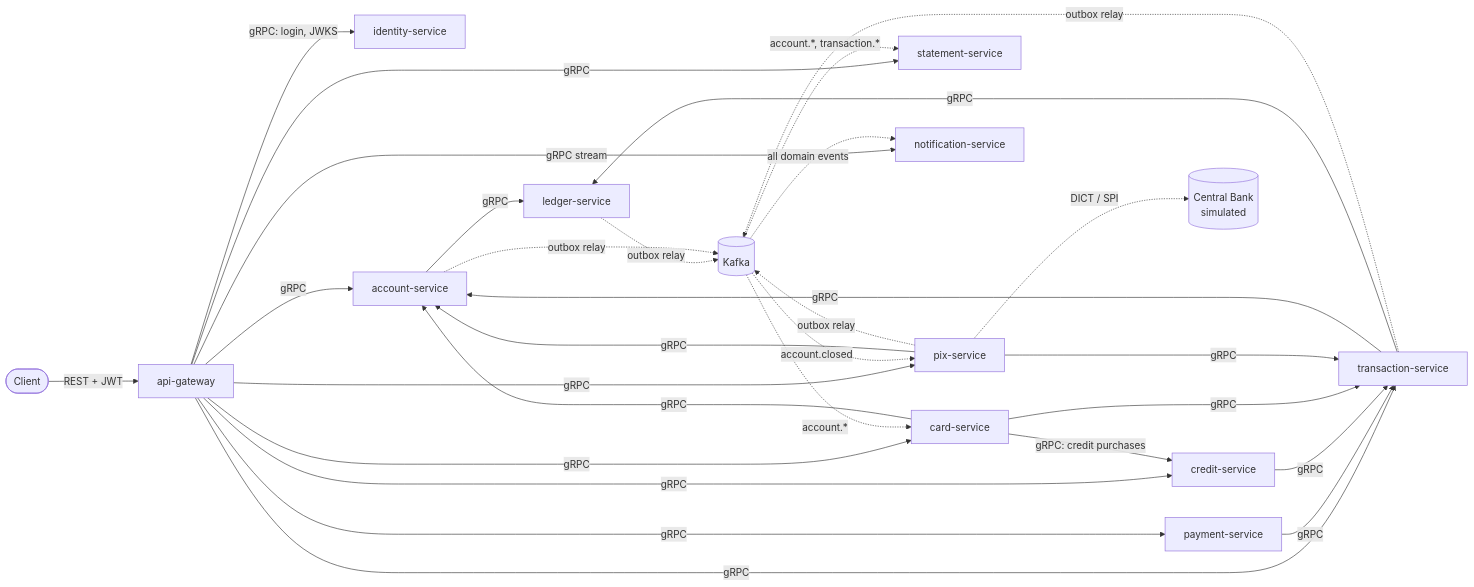
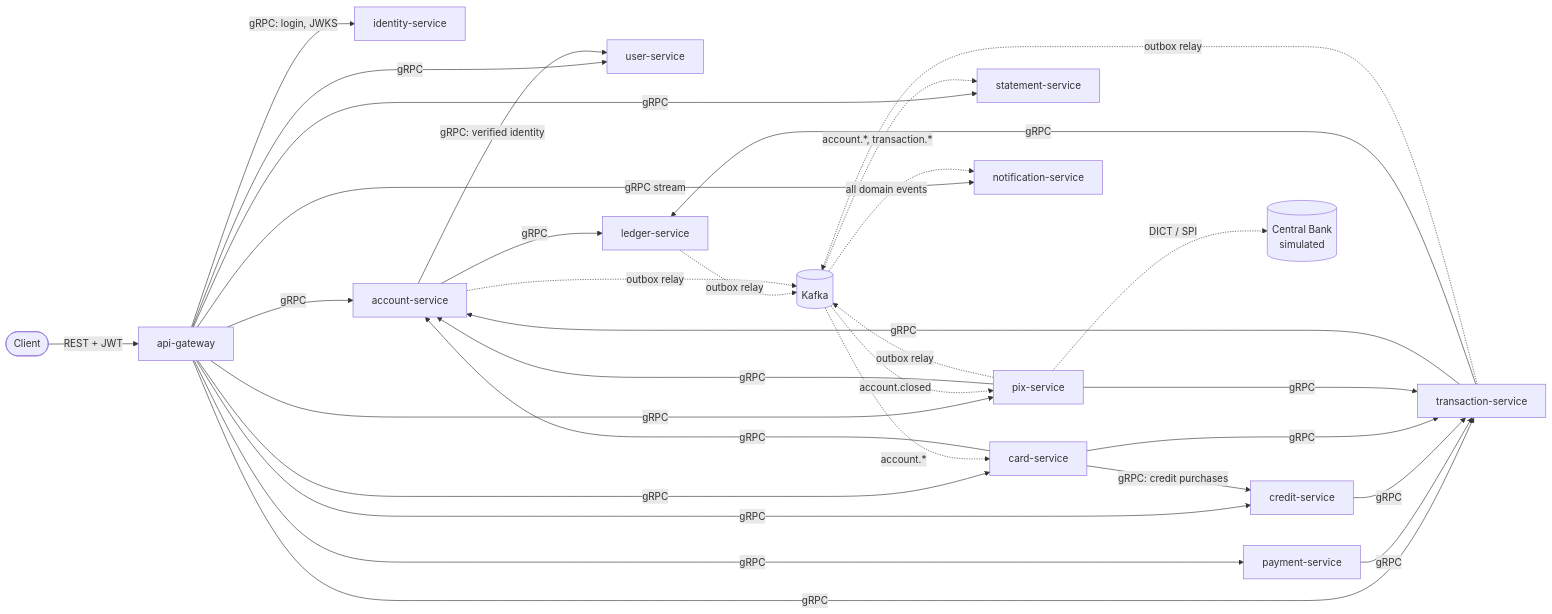
Before and after one commit to ViniciusMicarelli/digital-bank-platform: the diagram in README.md, drawn with Mermaid. The commit also changed other lines of this file and 56 other files, not shown here.

First line of the commit message:
feat(user): onboarding and KYC; accounts only for verified customers

````diff
--- a/README.md
+++ b/README.md
@@ -16,30 +16,32 @@
 ```mermaid
 flowchart LR
     C([Client]) -->|REST + JWT| GW[api-gateway]
     GW -->|gRPC: login, JWKS| IDN[identity-service]
     GW -->|gRPC| ACC[account-service]
     GW -->|gRPC| TRX[transaction-service]
     GW -->|gRPC| PIX[pix-service]
     GW -->|gRPC| STM[statement-service]
     GW -->|gRPC| CRD[card-service]
     GW -->|gRPC| CRE[credit-service]
     GW -->|gRPC| PAY[payment-service]
     GW -->|gRPC stream| NTF[notification-service]
+    GW -->|gRPC| USR[user-service]
+    ACC -->|gRPC: verified identity| USR
     PAY -->|gRPC| TRX
     CRD -->|gRPC: credit purchases| CRE
     CRE -->|gRPC| TRX
     CRD -->|gRPC| TRX
     CRD -->|gRPC| ACC
     PIX -->|gRPC| TRX
     PIX -->|gRPC| ACC
     PIX -.->|DICT / SPI| BCB[(Central Bank<br/>simulated)]
     TRX -->|gRPC| ACC
     TRX -->|gRPC| LED[ledger-service]
     ACC -->|gRPC| LED
 
     LED & ACC & TRX & PIX -.->|outbox relay| K[(Kafka)]
     K -.->|account.*, transaction.*| STM
     K -.->|account.closed| PIX
     K -.->|account.*| CRD
     K -.->|all domain events| NTF
 ```
````
